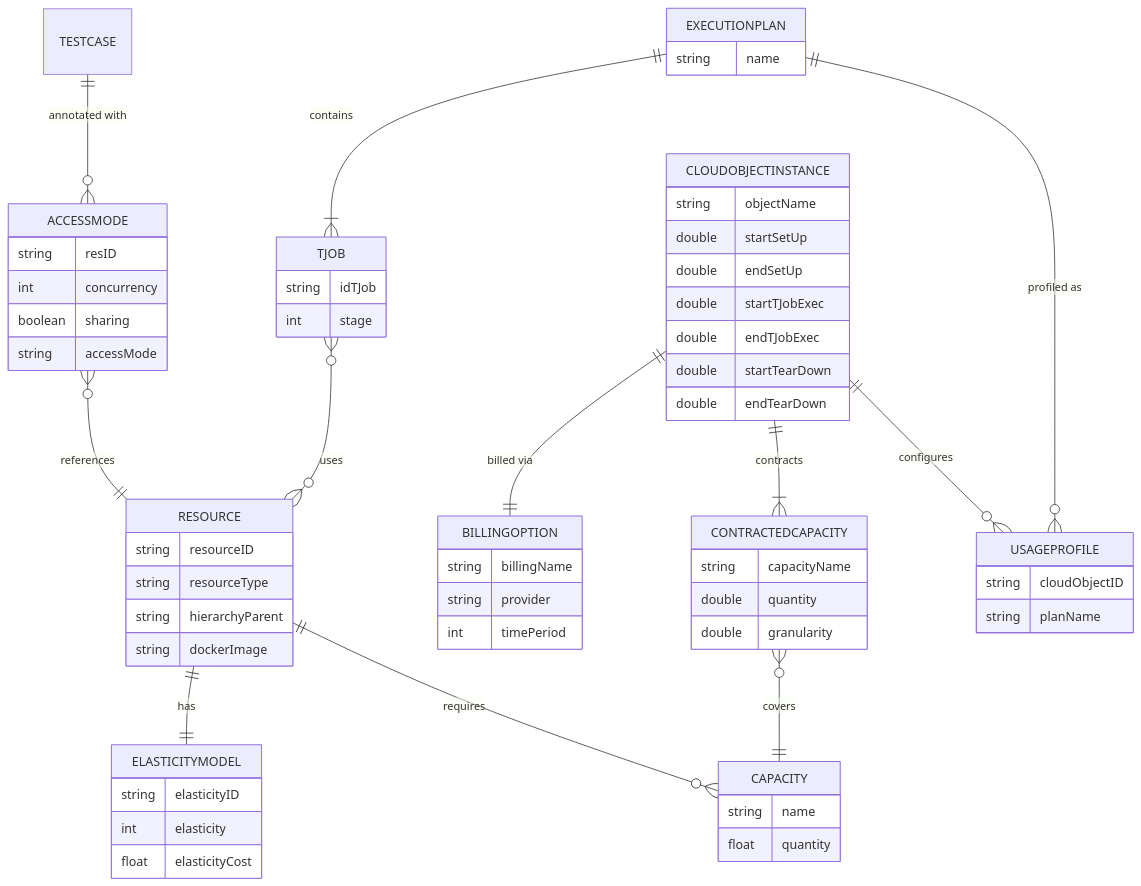
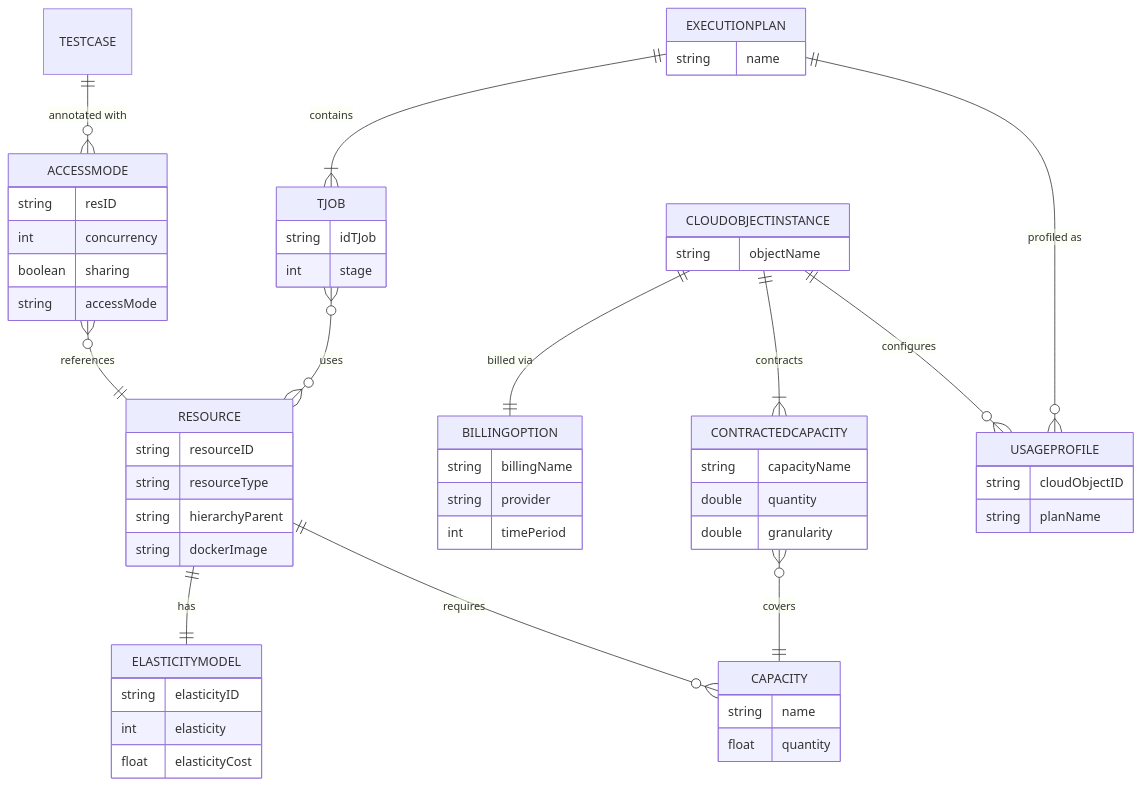
Before and after one commit to giis-uniovi/retorch: the diagram in README.md, drawn with Mermaid. The commit also changed other lines of this file and 1 other file, not shown here.

````diff
--- a/README.md
+++ b/README.md
@@ -46,76 +46,70 @@
 ```mermaid
 erDiagram
 
     TESTCASE ||--o{ ACCESSMODE : "annotated with"
     ACCESSMODE {
         string  resID
         int     concurrency
         boolean sharing
         string  accessMode
     }
 
     ACCESSMODE }o--|| RESOURCE : "references"
     RESOURCE {
         string resourceID
         string resourceType
         string hierarchyParent
         string dockerImage
     }
 
     RESOURCE ||--|| ELASTICITYMODEL : "has"
     ELASTICITYMODEL {
         string elasticityID
         int    elasticity
         float  elasticityCost
     }
 
     RESOURCE ||--o{ CAPACITY : "requires"
     CAPACITY {
         string name
         float  quantity
     }
 
     TJOB }o--o{ RESOURCE : "uses"
     TJOB {
         string idTJob
         int    stage
     }
 
     EXECUTIONPLAN ||--|{ TJOB : "contains"
     EXECUTIONPLAN {
         string name
     }
 
     CLOUDOBJECTINSTANCE ||--|| BILLINGOPTION : "billed via"
     CLOUDOBJECTINSTANCE {
         string objectName
-        double startSetUp
-        double endSetUp
-        double startTJobExec
-        double endTJobExec
-        double startTearDown
-        double endTearDown
     }
 
     BILLINGOPTION {
         string billingName
         string provider
         int    timePeriod
     }
 
     CLOUDOBJECTINSTANCE ||--|{ CONTRACTEDCAPACITY : "contracts"
     CONTRACTEDCAPACITY {
         string capacityName
         double quantity
         double granularity
     }
 
     CONTRACTEDCAPACITY }o--|| CAPACITY : "covers"
 
     EXECUTIONPLAN ||--o{ USAGEPROFILE : "profiled as"
     CLOUDOBJECTINSTANCE ||--o{ USAGEPROFILE : "configures"
     USAGEPROFILE {
         string cloudObjectID
         string planName
     }
 ```
````
